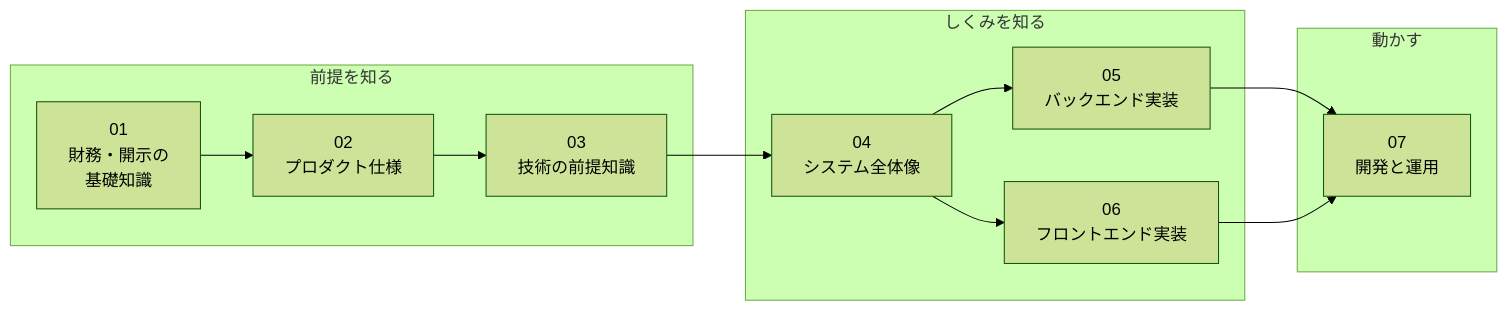
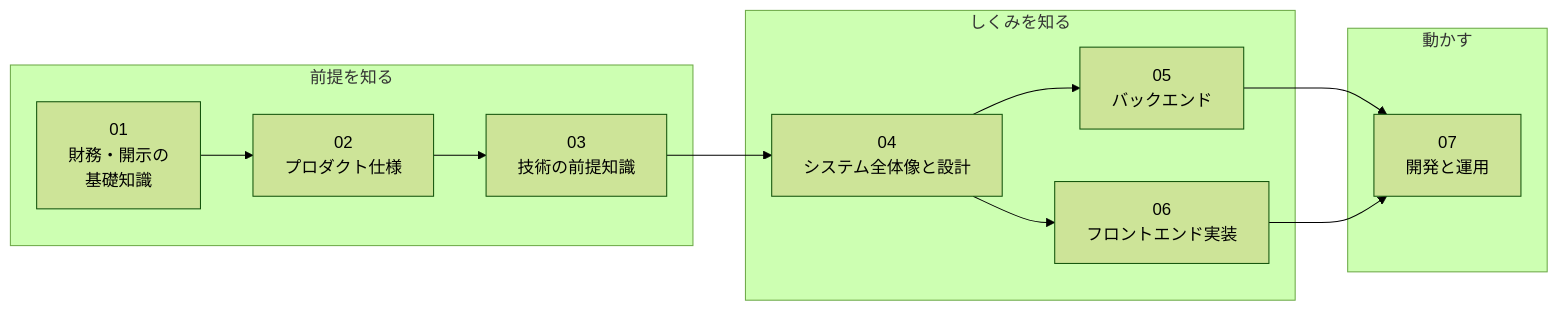
One commit to shin4488/financial-statement changed the diagram in docs/guide/README.md. Above: the diagram before and after it, drawn with Mermaid (forest theme). The commit also changed other lines of this file and 13 other files, not shown here.

````diff
--- a/docs/guide/README.md
+++ b/docs/guide/README.md
@@ -19,17 +8,17 @@
 ```mermaid
 flowchart LR
     subgraph P["前提を知る"]
         A["01<br>財務・開示の<br>基礎知識"] --> B["02<br>プロダクト仕様"]
         B --> C["03<br>技術の前提知識"]
     end
     subgraph S["しくみを知る"]
-        D["04<br>システム全体像"] --> E["05<br>バックエンド実装"]
+        D["04<br>システム全体像と設計"] --> E["05<br>バックエンド"]
         D --> F["06<br>フロントエンド実装"]
     end
     subgraph U["動かす"]
         G["07<br>開発と運用"]
     end
     C --> D
     E --> G
     F --> G
 ```
````
